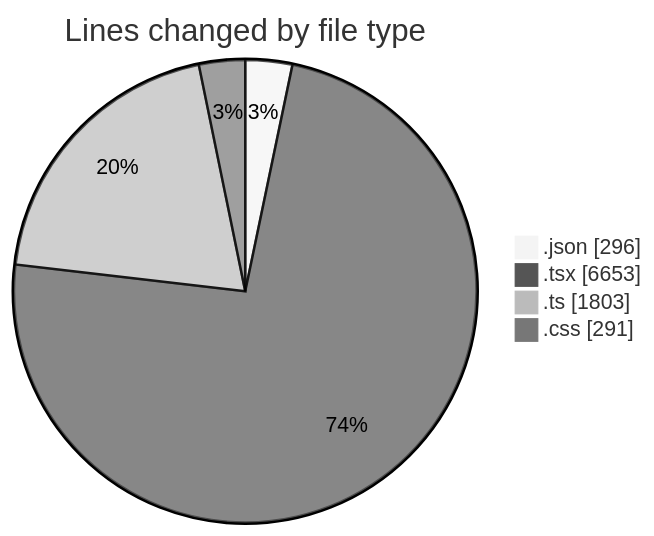
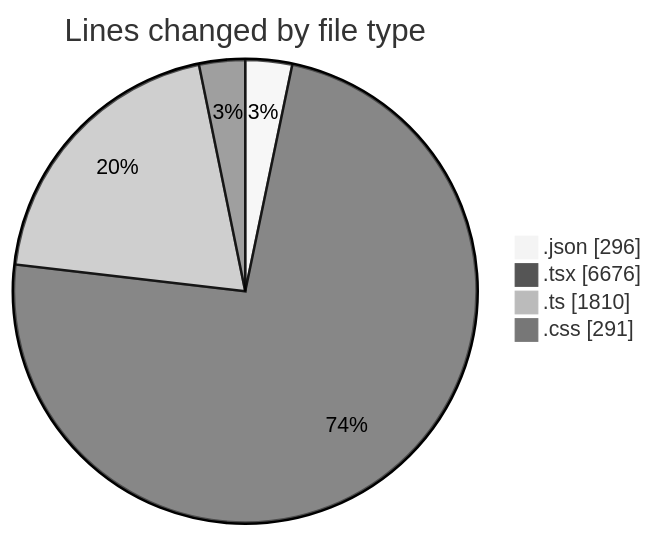
The first of 2 diagrams in 2025-10-07/eventscop-frontend-guide__workspace_/README.md (julien-gomy/code-tracking), drawn with Mermaid (neutral theme) before and after one commit. The commit also changed other lines of this file and 1 other file, not shown here.

````diff
--- a/2025-10-07/eventscop-frontend-guide__workspace_/README.md
+++ b/2025-10-07/eventscop-frontend-guide__workspace_/README.md
@@ -69,8 +69,8 @@
 ```mermaid
 pie showData
 title Lines changed by file type
 ".json" : 296
-".tsx" : 6653
-".ts" : 1803
+".tsx" : 6676
+".ts" : 1810
 ".css" : 291
 ```
````
